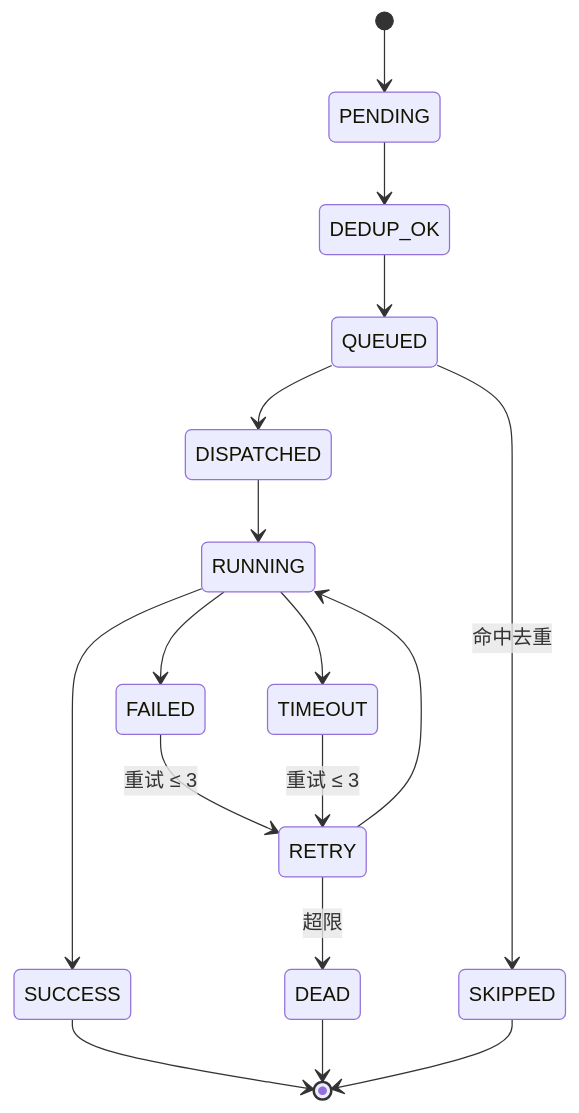
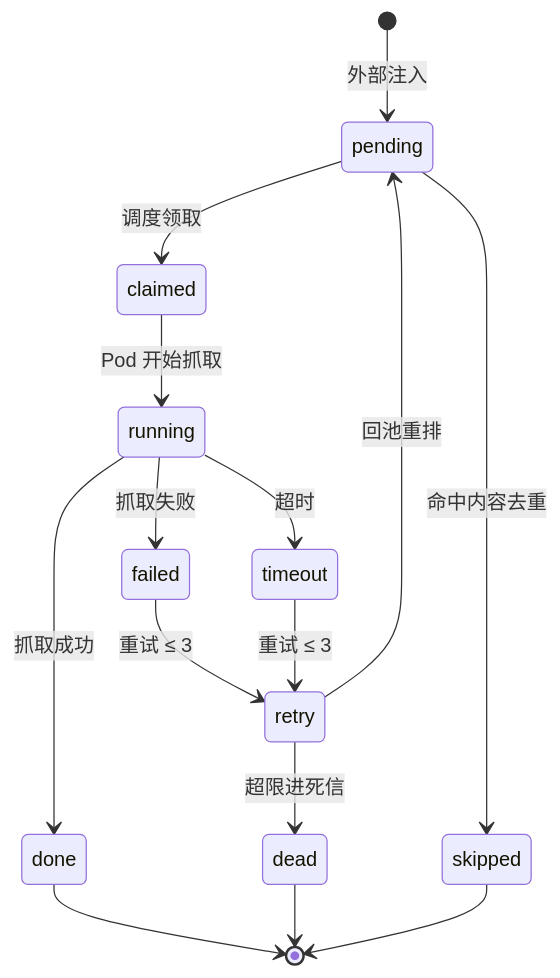
Before and after one commit to Sj-g/obsidian: the fourth of 6 diagrams in 公司项目/认知作战/软件概要设计简述.md, drawn with Mermaid. The commit also changed other lines of this file, not shown here.

````diff
--- a/公司项目/认知作战/软件概要设计简述.md
+++ b/公司项目/认知作战/软件概要设计简述.md
@@ -96,19 +172,17 @@
 ```mermaid
 stateDiagram-v2
-    [*] --> PENDING
-    PENDING --> DEDUP_OK
-    DEDUP_OK --> QUEUED
-    QUEUED --> SKIPPED: 命中去重
-    QUEUED --> DISPATCHED
-    DISPATCHED --> RUNNING
-    RUNNING --> SUCCESS
-    RUNNING --> FAILED
-    RUNNING --> TIMEOUT
-    FAILED --> RETRY: 重试 ≤ 3
-    TIMEOUT --> RETRY: 重试 ≤ 3
-    RETRY --> RUNNING
-    RETRY --> DEAD: 超限
-    SUCCESS --> [*]
-    DEAD --> [*]
-    SKIPPED --> [*]
+    [*] --> pending: 外部注入
+    pending --> claimed: 调度领取
+    claimed --> running: Pod 开始抓取
+    running --> done: 抓取成功
+    running --> failed: 抓取失败
+    running --> timeout: 超时
+    failed --> retry: 重试 ≤ 3
+    timeout --> retry: 重试 ≤ 3
+    retry --> pending: 回池重排
+    retry --> dead: 超限进死信
+    pending --> skipped: 命中内容去重
+    done --> [*]
+    dead --> [*]
+    skipped --> [*]
 ```
````
